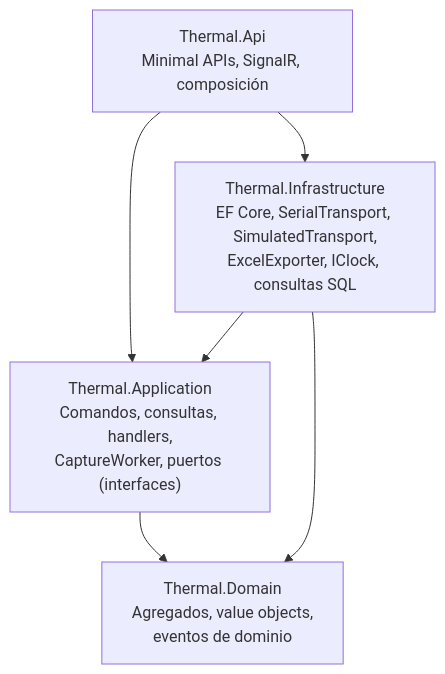
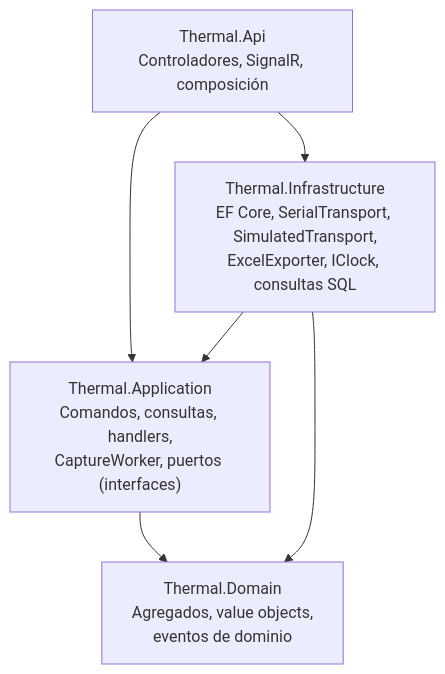
One commit to ocarranzam/ThermalCalibration changed the diagram in docs/architecture/adr/ADR-001-clean-architecture-cqrs-ddd.md. Above: the diagram before and after it, drawn with Mermaid. The commit also changed other lines of this file and 40 other files, not shown here.

First line of the commit message:
Backend .NET 10: solución Clean Architecture y tipos de equipo (HU-02)

````diff
--- a/docs/architecture/adr/ADR-001-clean-architecture-cqrs-ddd.md
+++ b/docs/architecture/adr/ADR-001-clean-architecture-cqrs-ddd.md
@@ -27,13 +28,13 @@
 ```mermaid
 flowchart TB
-    API["Thermal.Api<br/>Minimal APIs, SignalR, composición"]
+    API["Thermal.Api<br/>Controladores, SignalR, composición"]
     INF["Thermal.Infrastructure<br/>EF Core, SerialTransport, SimulatedTransport,<br/>ExcelExporter, IClock, consultas SQL"]
     APP["Thermal.Application<br/>Comandos, consultas, handlers,<br/>CaptureWorker, puertos (interfaces)"]
     DOM["Thermal.Domain<br/>Agregados, value objects,<br/>eventos de dominio"]
 
     API --> APP
     API --> INF
     INF --> APP
     APP --> DOM
     INF --> DOM
 ```
````
